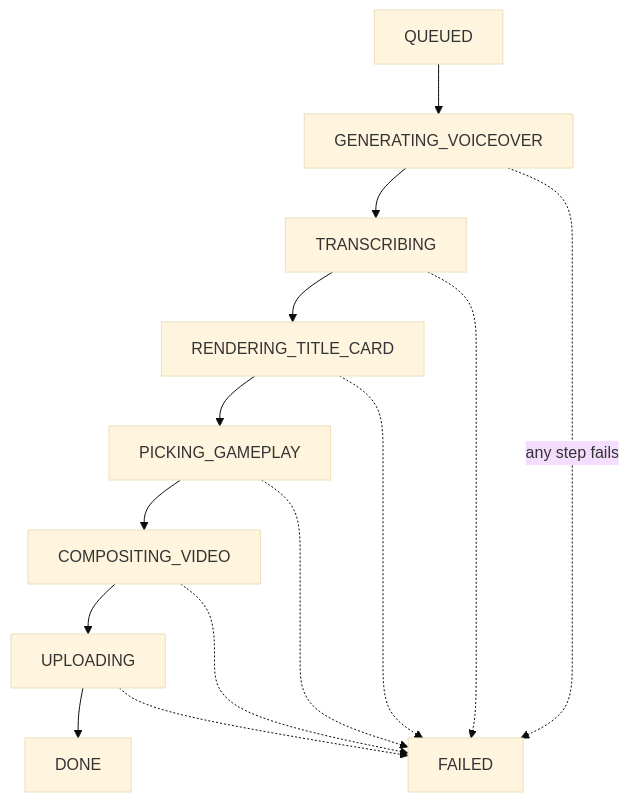
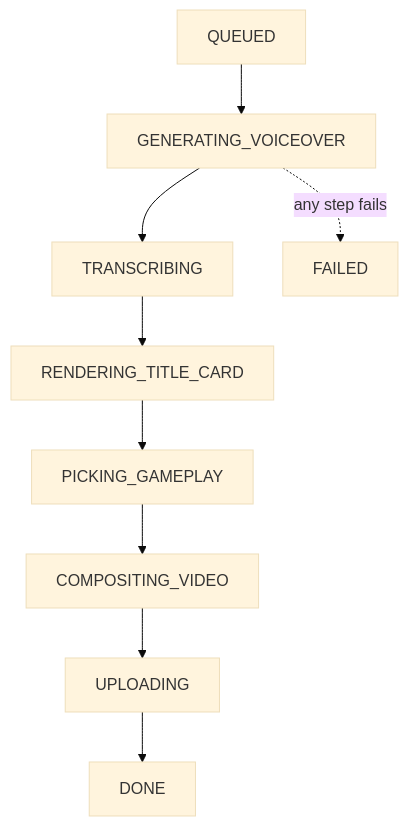
Before and after one commit to roshankhanxox/redditify: the fourth of 4 diagrams in README.md, drawn with Mermaid (base theme). The commit also changed other lines of this file and 7 other files, not shown here.

````diff
--- a/README.md
+++ b/README.md
@@ -56,16 +181,11 @@
 ```mermaid
 flowchart TD
     Q[QUEUED] --> V[GENERATING_VOICEOVER]
     V --> T[TRANSCRIBING]
     T --> C[RENDERING_TITLE_CARD]
     C --> G[PICKING_GAMEPLAY]
     G --> X[COMPOSITING_VIDEO]
     X --> UP[UPLOADING]
     UP --> D[DONE]
     V -.->|any step fails| E[FAILED]
-    T -.-> E
-    C -.-> E
-    G -.-> E
-    X -.-> E
-    UP -.-> E
 ```
````
